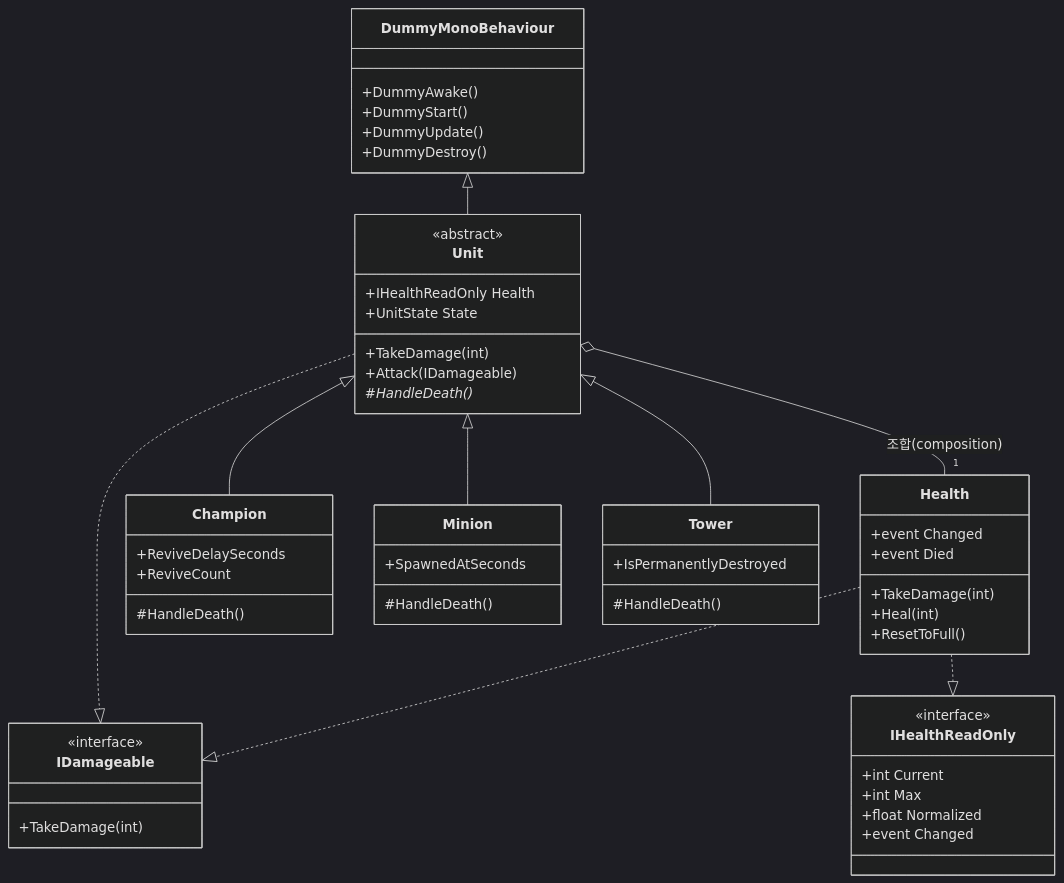
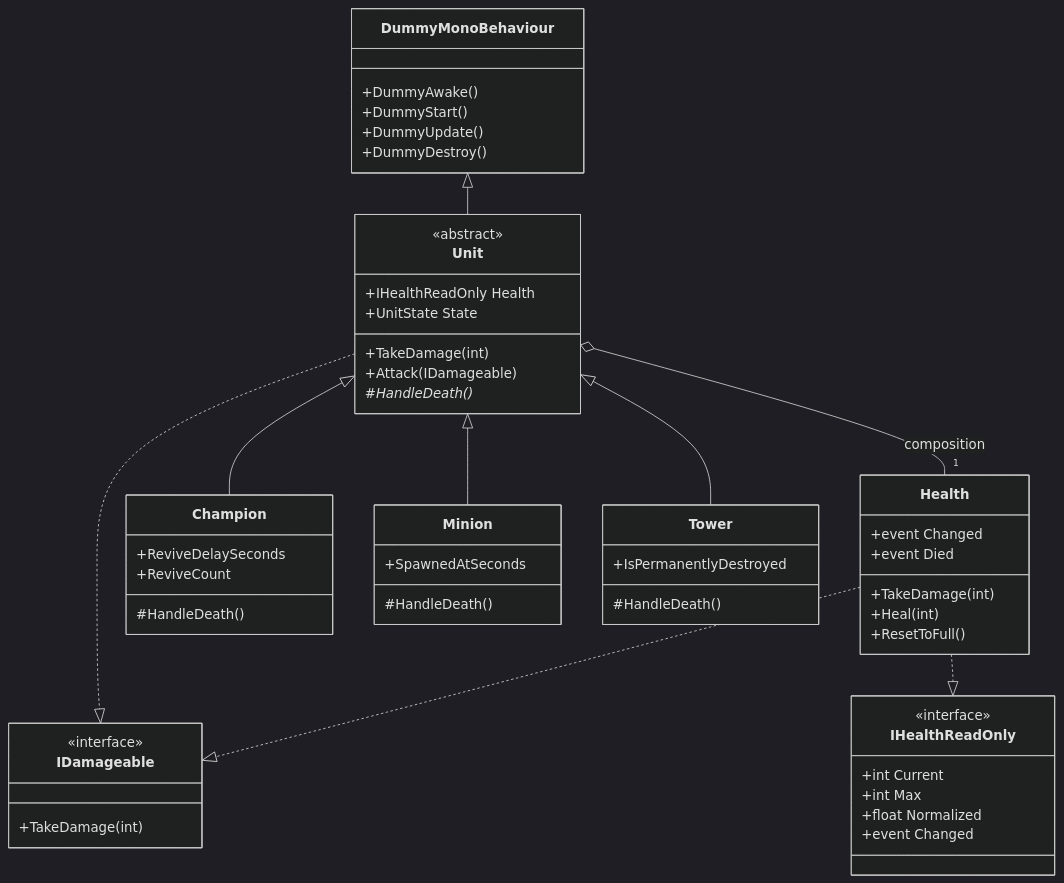
One commit to MelonS/favilla-assignment changed the first of 5 diagrams in README.md. Above: the diagram before and after it, drawn with Mermaid (dark theme). The commit also changed other lines of this file, not shown here.

Commit message:
docs: Mermaid 다이어그램 라벨을 파이프 형식으로 정리 (렌더 견고성)

````diff
--- a/README.md
+++ b/README.md
@@ -100,57 +100,57 @@
 ```mermaid
 classDiagram
     class DummyMonoBehaviour {
         +DummyAwake()
         +DummyStart()
         +DummyUpdate()
         +DummyDestroy()
     }
     class IDamageable {
         <<interface>>
         +TakeDamage(int)
     }
     class IHealthReadOnly {
         <<interface>>
         +int Current
         +int Max
         +float Normalized
         +event Changed
     }
     class Health {
         +TakeDamage(int)
         +Heal(int)
         +ResetToFull()
         +event Changed
         +event Died
     }
     class Unit {
         <<abstract>>
         +IHealthReadOnly Health
         +UnitState State
         +TakeDamage(int)
         +Attack(IDamageable)
         #HandleDeath()*
     }
     class Champion {
         +ReviveDelaySeconds
         +ReviveCount
         #HandleDeath()
     }
     class Minion {
         +SpawnedAtSeconds
         #HandleDeath()
     }
     class Tower {
         +IsPermanentlyDestroyed
         #HandleDeath()
     }
 
     DummyMonoBehaviour <|-- Unit
     Unit <|-- Champion
     Unit <|-- Minion
     Unit <|-- Tower
     Unit ..|> IDamageable
-    Unit o-- "1" Health : 조합(composition)
+    Unit o-- "1" Health : composition
     Health ..|> IHealthReadOnly
     Health ..|> IDamageable
 ```
````
